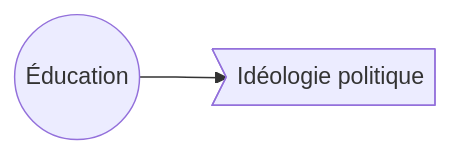
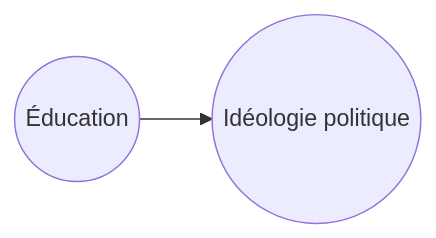
One commit to laurenceomfoisy/laurenceoliviermfoisy changed the first of 39 diagrams in presentation_goa/index.qmd. Above: the diagram before and after it, drawn with Mermaid. The commit also changed other lines of this file and 1 other file, not shown here.

````diff
--- a/presentation_goa/index.qmd
+++ b/presentation_goa/index.qmd
@@ -49,7 +49,7 @@
 ```{mermaid}
 
 %%{init: {'flowchart' : {'curve' : 'linear'}}}%%
 
 flowchart LR;
-    X((Éducation)) --> Y>Idéologie politique];
+    X((Éducation)) --> Y((Idéologie politique));
 ```
````
